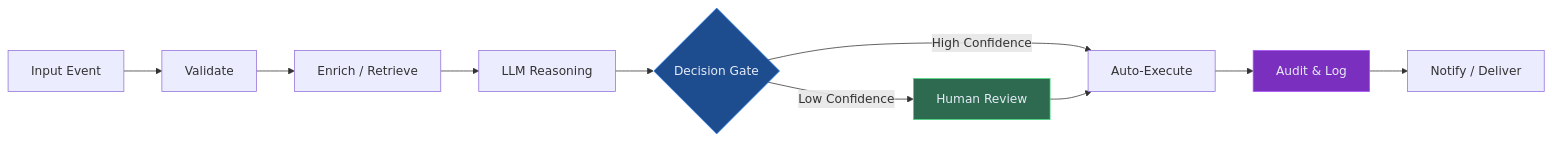
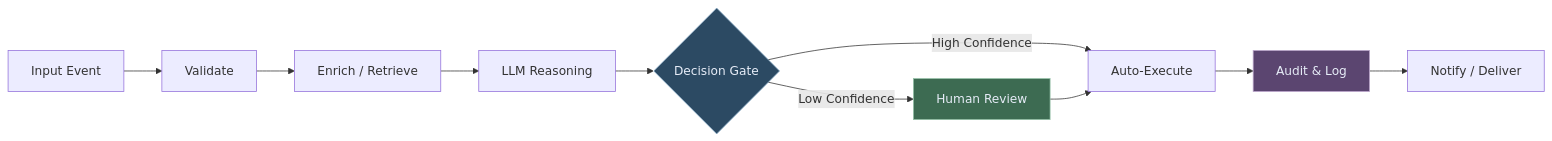
The first of 10 diagrams in blog/ai-workflows-for-regulated-enterprises.md (lorvexai/lorvexai), drawn with Mermaid before and after one commit. The commit also changed other lines of this file and 16 other files, not shown here.

First line of the commit message:
Retune hardcoded Mermaid node colors to match the site palette

````diff
--- a/blog/ai-workflows-for-regulated-enterprises.md
+++ b/blog/ai-workflows-for-regulated-enterprises.md
@@ -37,16 +37,16 @@
 ```mermaid
 flowchart LR
     I[Input Event] --> V[Validate]
     V --> E[Enrich / Retrieve]
     E --> L[LLM Reasoning]
     L --> D{Decision Gate}
     D -->|High Confidence| O[Auto-Execute]
     D -->|Low Confidence| H[Human Review]
     H --> O
     O --> AU[Audit & Log]
     AU --> N[Notify / Deliver]
 
-    style D fill:#1D4C8F,stroke:#2F80ED,color:#E6ECF7
-    style H fill:#2D6A4F,stroke:#4ade80,color:#E6ECF7
-    style AU fill:#7B2FBE,stroke:#a855f7,color:#E6ECF7
+    style D fill:#2C4A63,stroke:#8FB2CC,color:#E6ECF7
+    style H fill:#3D6B52,stroke:#95C2A8,color:#E6ECF7
+    style AU fill:#5B4570,stroke:#BCA6CC,color:#E6ECF7
 ```
````
